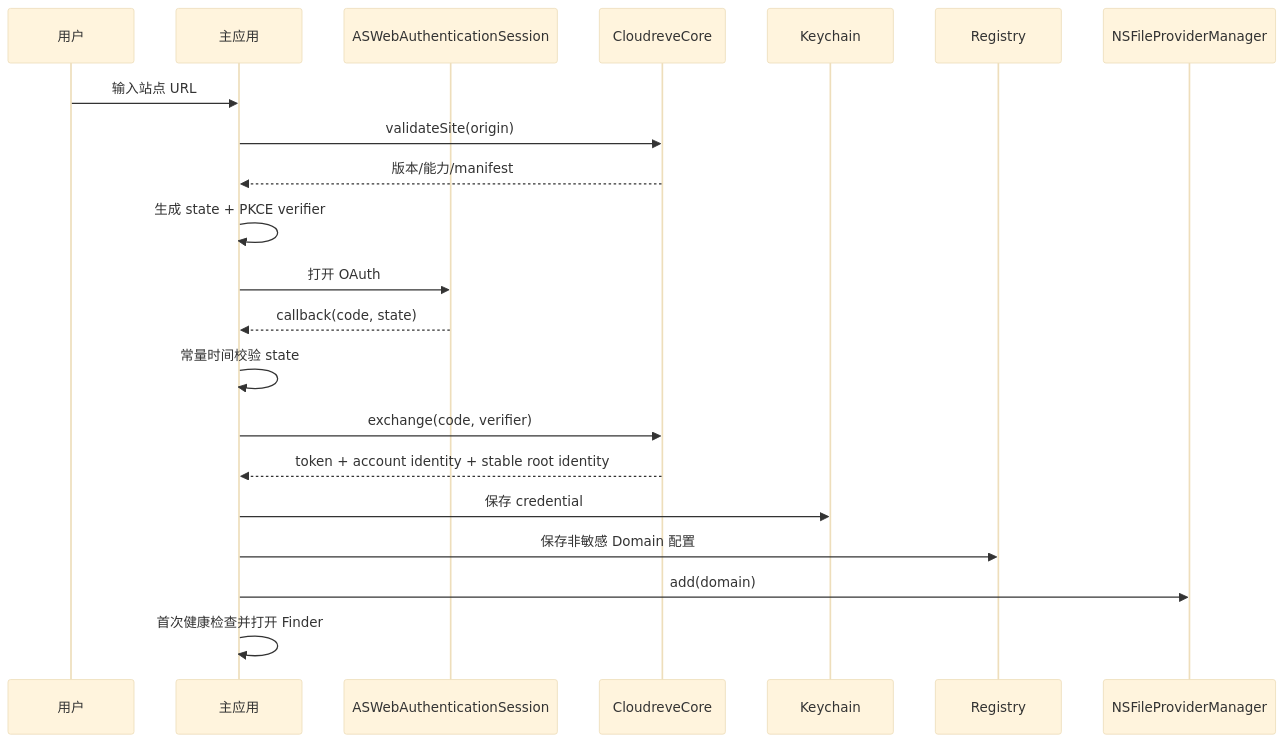
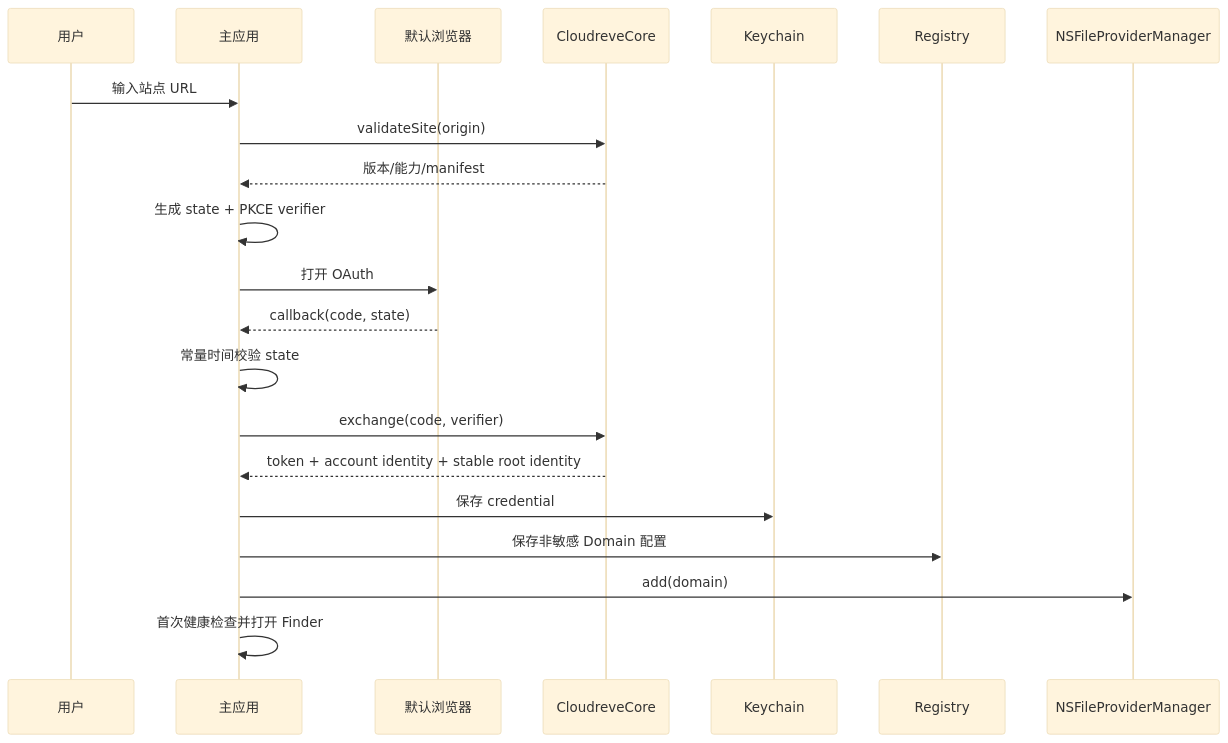
The fifth of 5 diagrams in docs/02-macos-technical-architecture.md (tiylabs/nimbussync), drawn with Mermaid (base theme) before and after one commit. The commit also changed other lines of this file and 60 other files, not shown here.

````diff
--- a/docs/02-macos-technical-architecture.md
+++ b/docs/02-macos-technical-architecture.md
@@ -865,24 +865,24 @@
 ```mermaid
 sequenceDiagram
     participant U as 用户
     participant A as 主应用
-    participant W as ASWebAuthenticationSession
+    participant W as 默认浏览器
     participant C as CloudreveCore
     participant K as Keychain
     participant D as Registry
     participant F as NSFileProviderManager
 
     U->>A: 输入站点 URL
     A->>C: validateSite(origin)
     C-->>A: 版本/能力/manifest
     A->>A: 生成 state + PKCE verifier
     A->>W: 打开 OAuth
     W-->>A: callback(code, state)
     A->>A: 常量时间校验 state
     A->>C: exchange(code, verifier)
     C-->>A: token + account identity + stable root identity
     A->>K: 保存 credential
     A->>D: 保存非敏感 Domain 配置
     A->>F: add(domain)
     A->>A: 首次健康检查并打开 Finder
 ```
````
